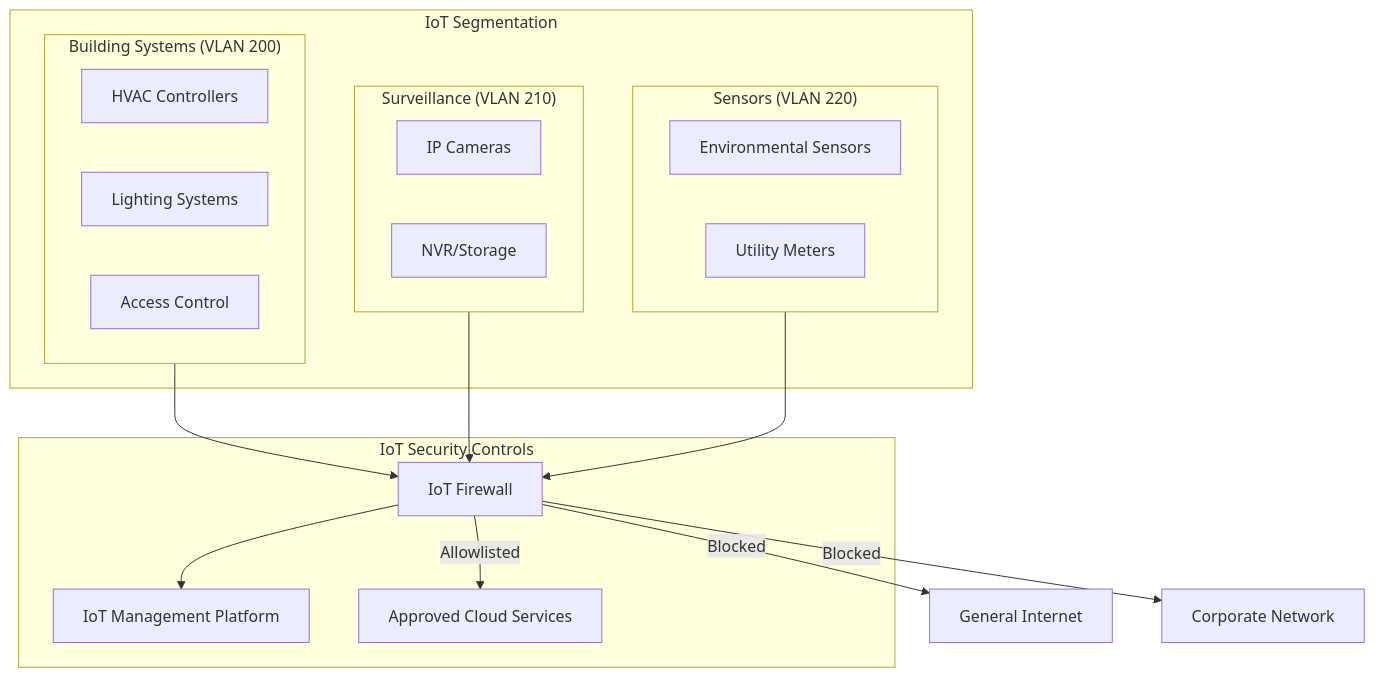
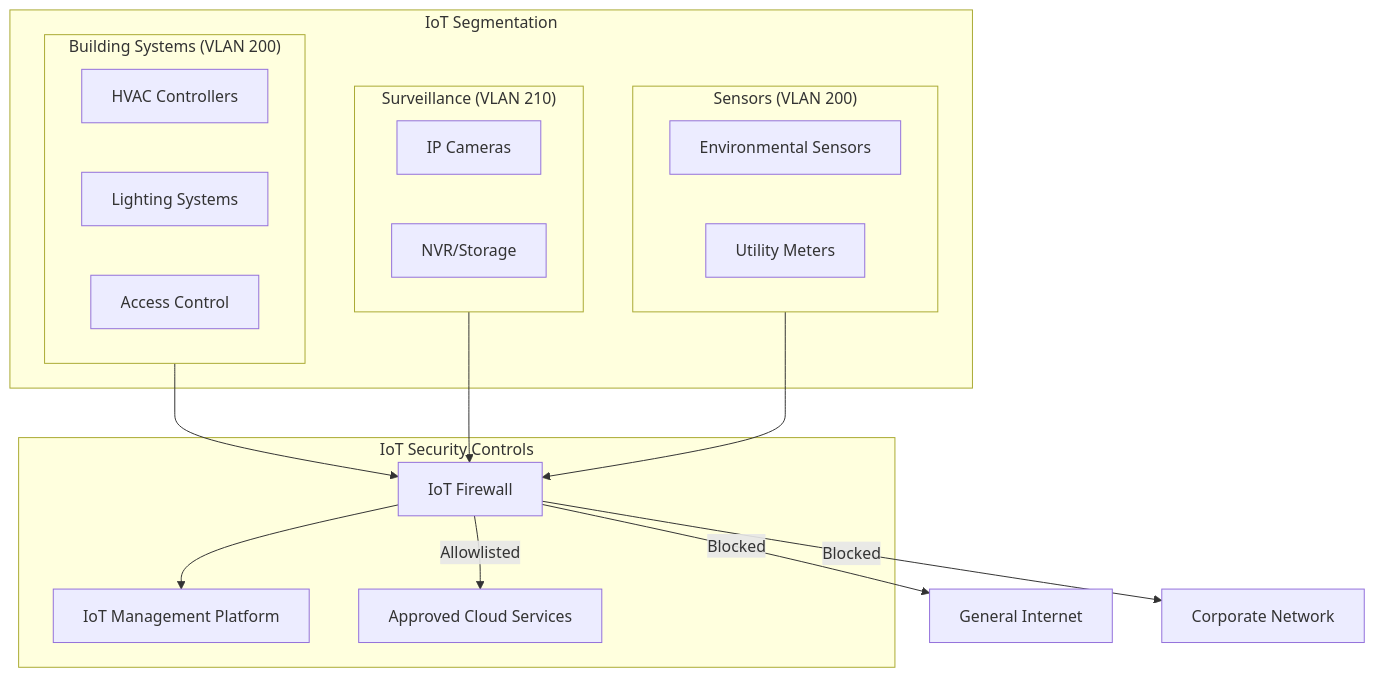
One commit to NewOrleansITI/networkstandards changed the tenth of 14 diagrams in docs/security/network-segmentation.md. Above: the diagram before and after it, drawn with Mermaid. The commit also changed other lines of this file and 9 other files, not shown here.

````diff
--- a/docs/security/network-segmentation.md
+++ b/docs/security/network-segmentation.md
@@ -452,32 +452,32 @@
 ```mermaid
 graph TB
     subgraph IOT_NETWORK["IoT Segmentation"]
         subgraph BUILDING_SYS["Building Systems (VLAN 200)"]
             HVAC["HVAC Controllers"]
             LIGHTS["Lighting Systems"]
             ACCESS_CTRL["Access Control"]
         end
 
         subgraph SURVEILLANCE["Surveillance (VLAN 210)"]
             CAMERAS["IP Cameras"]
             NVR["NVR/Storage"]
         end
 
-        subgraph SENSORS["Sensors (VLAN 220)"]
+        subgraph SENSORS["Sensors (VLAN 200)"]
             ENV["Environmental Sensors"]
             METERS["Utility Meters"]
         end
     end
 
     subgraph IOT_CONTROLS["IoT Security Controls"]
         IOT_FW["IoT Firewall"]
         IOT_MGMT["IoT Management Platform"]
         CLOUD["Approved Cloud Services"]
     end
 
     BUILDING_SYS & SURVEILLANCE & SENSORS --> IOT_FW
     IOT_FW --> IOT_MGMT
     IOT_FW -->|"Allowlisted"| CLOUD
     IOT_FW -->|"Blocked"| INTERNET["General Internet"]
     IOT_FW -->|"Blocked"| CORPORATE["Corporate Network"]
 ```
````
